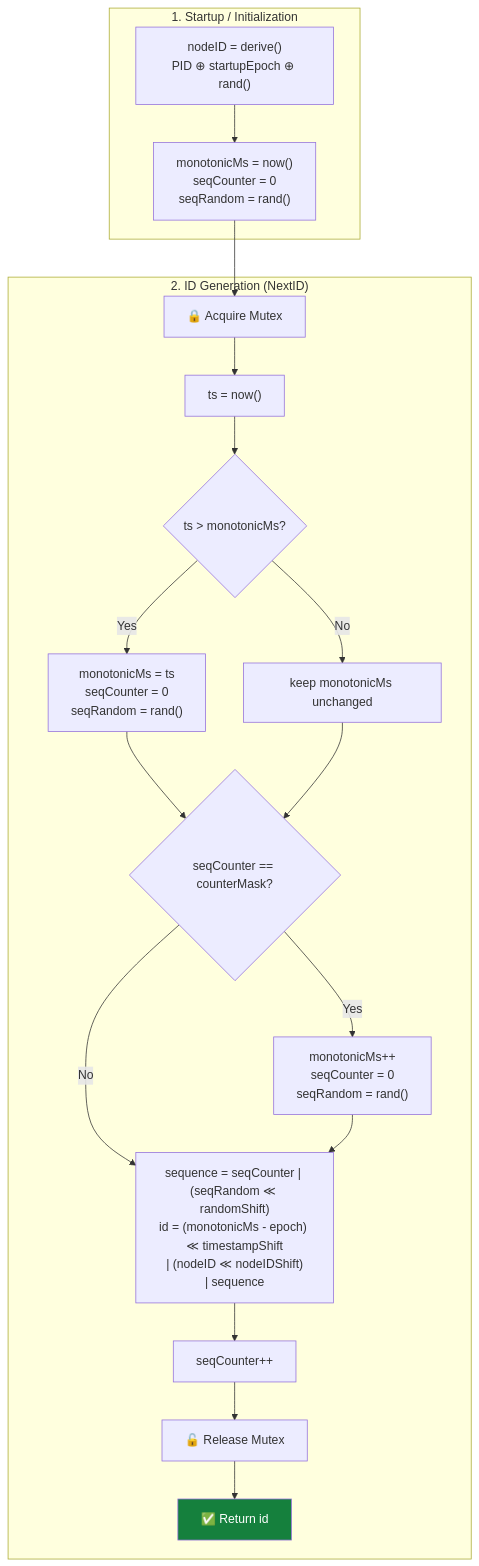
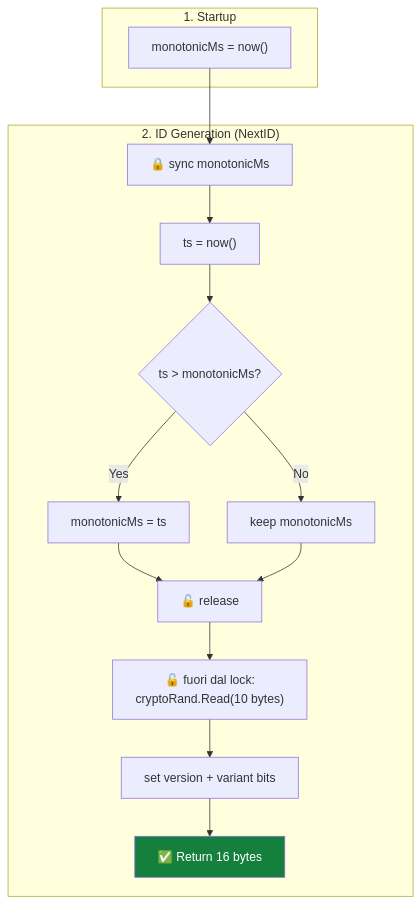
One commit to Albe83/snowflake-id-service changed the second of 4 diagrams in docs/design/snowflake-algorithm-workflow.md. Above: the diagram before and after it, drawn with Mermaid. The commit also changed other lines of this file and 1 other file, not shown here.

Commit message:
docs: adopt 128-bit random payload design (MADR 0003), simplify workflow

````diff
--- a/docs/design/snowflake-algorithm-workflow.md
+++ b/docs/design/snowflake-algorithm-workflow.md
@@ -19,32 +20,23 @@
 ```mermaid
 flowchart TD
-    subgraph INIT["1. Startup / Initialization"]
-        A["nodeID = derive()<br>PID ⊕ startupEpoch ⊕ rand()"]
-        A --> D["monotonicMs = now()<br>seqCounter = 0<br>seqRandom = rand()"]
+    subgraph INIT["1. Startup"]
+        S["monotonicMs = now()"]
     end
 
-    D --> E
+    S --> E
 
     subgraph GEN["2. ID Generation (NextID)"]
-        E["🔒 Acquire Mutex"]
+        E["🔒 sync monotonicMs"]
         E --> F["ts = now()"]
-
         F --> G{"ts > monotonicMs?"}
-        G -->|Yes| H["monotonicMs = ts<br>seqCounter = 0<br>seqRandom = rand()"]
-        G -->|No| I["keep monotonicMs unchanged"]
-
-        H --> J{"seqCounter == counterMask?"}
+        G -->|Yes| H["monotonicMs = ts"]
+        G -->|No| I["keep monotonicMs"]
+        H --> J["🔓 release"]
         I --> J
-        J -->|Yes| K["monotonicMs++<br>seqCounter = 0<br>seqRandom = rand()"]
-        J -->|No| L["Build ID"]
-        K --> L
-
-        L["sequence = seqCounter | (seqRandom ≪ randomShift)<br>id = (monotonicMs - epoch) ≪ timestampShift<br>| (nodeID ≪ nodeIDShift)<br>| sequence"]
-
-        L --> M["seqCounter++"]
-        M --> N["🔓 Release Mutex"]
-        N --> O["✅ Return id"]
+        J --> K["🔓 fuori dal lock:<br>cryptoRand.Read(10 bytes)"]
+        K --> L["set version + variant bits"]
+        L --> M["✅ Return 16 bytes"]
     end
 
-    style O fill:#15803d,color:#fff
+    style M fill:#15803d,color:#fff
 ```
````
